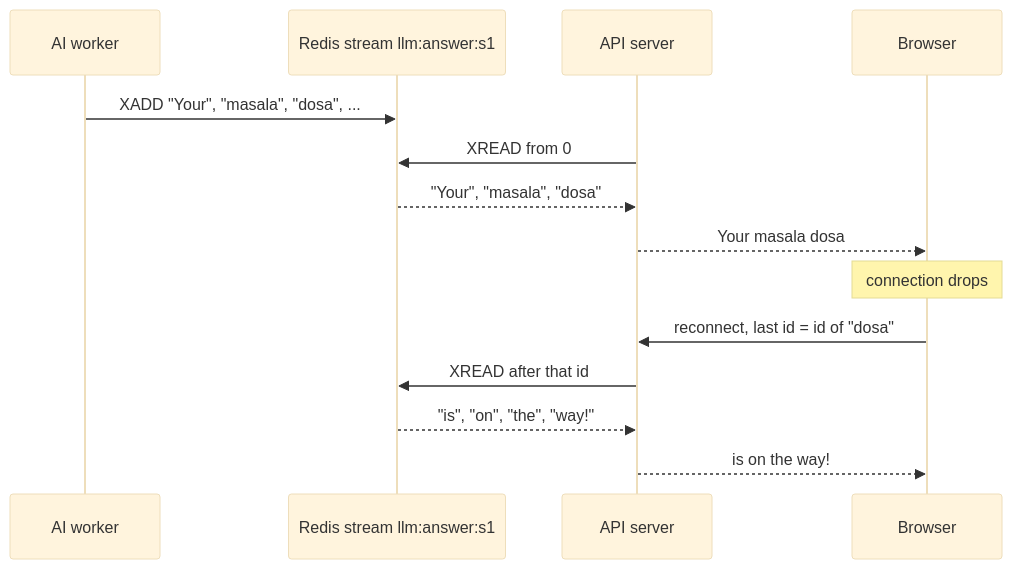
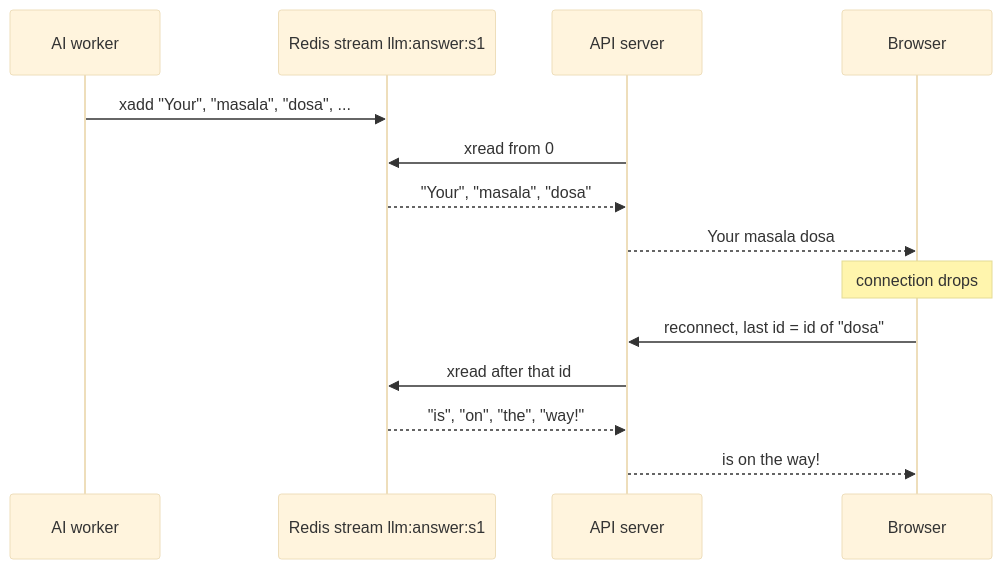
Before and after one commit to selvakumarperumal/Regulatory_Circular_Impact_Agent: diagram 30 of 31 in redis.md, drawn with Mermaid (base theme). The commit also changed other lines of this file, not shown here.

````diff
--- a/redis.md
+++ b/redis.md
@@ -3116,16 +3957,16 @@
 ```mermaid
 sequenceDiagram
     participant LLM as AI worker
     participant R as Redis stream llm:answer:s1
     participant API as API server
     participant B as Browser
-    LLM->>R: XADD "Your", "masala", "dosa", ...
-    API->>R: XREAD from 0
+    LLM->>R: xadd "Your", "masala", "dosa", ...
+    API->>R: xread from 0
     R-->>API: "Your", "masala", "dosa"
     API-->>B: Your masala dosa
     Note over B: connection drops
     B->>API: reconnect, last id = id of "dosa"
-    API->>R: XREAD after that id
+    API->>R: xread after that id
     R-->>API: "is", "on", "the", "way!"
     API-->>B: is on the way!
 ```
````
